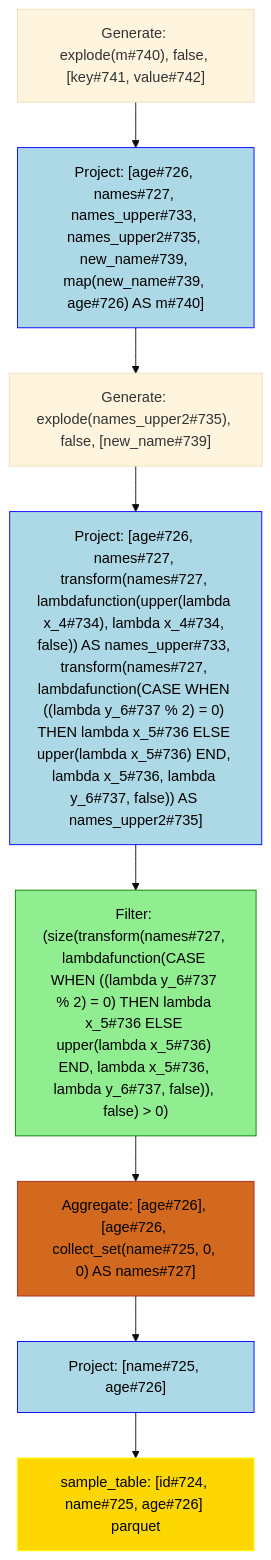
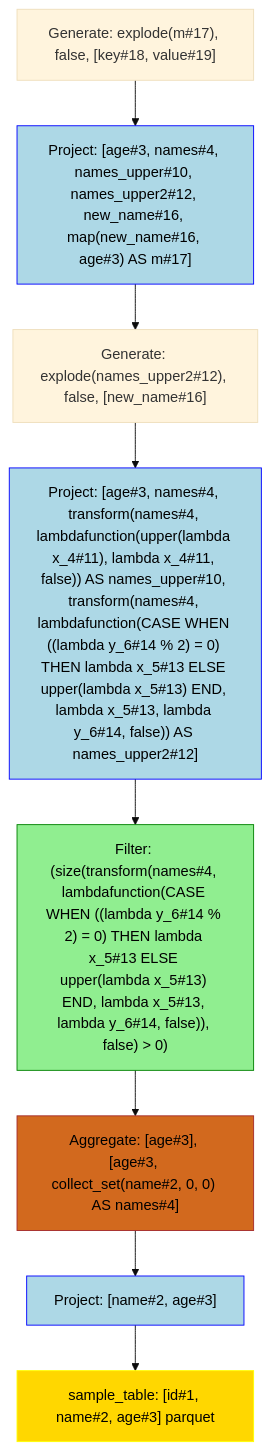
One commit to NielkNetraam/explainalyzed changed the diagram in data/visualization/explode.mmd. Above: the diagram before and after it, drawn with Mermaid (base theme). The commit also changed 63 other files, not shown here.

```diff
--- a/data/visualization/explode.mmd
+++ b/data/visualization/explode.mmd
@@ -1,25 +1,25 @@
 flowchart TD
     classDef PROJECT stroke:Blue,fill:LightBlue,color:black
     classDef FILTER stroke:Green,fill:LightGreen,color:black
     classDef UNION stroke:Purple,fill:Violet,color:black
     classDef JOIN stroke:DarkOrange,fill:Orange,color:black
     classDef RELATION stroke:Yellow,fill:Gold,color:black
     classDef AGGREGATE stroke:Brown,fill:Chocolate,color:black
     classDef WINDOW stroke:Aqua,fill:Cyan,color:black
 
-    Generate#00001["Generate: explode(m#740), false, [key#741, value#742]"]:::GENERATE
-    Project#00002["Project: [age#726, names#727, names_upper#733, names_upper2#735, new_name#739, map(new_name#739, age#726) AS m#740]"]:::PROJECT
-    Generate#00003["Generate: explode(names_upper2#735), false, [new_name#739]"]:::GENERATE
-    Project#00004["Project: [age#726, names#727, transform(names#727, lambdafunction(upper(lambda x_4#734), lambda x_4#734, false)) AS names_upper#733, transform(names#727, lambdafunction(CASE WHEN ((lambda y_6#737 % 2) = 0) THEN lambda x_5#736 ELSE upper(lambda x_5#736) END, lambda x_5#736, lambda y_6#737, false)) AS names_upper2#735]"]:::PROJECT
-    Filter#00005["Filter: (size(transform(names#727, lambdafunction(CASE WHEN ((lambda y_6#737 % 2) = 0) THEN lambda x_5#736 ELSE upper(lambda x_5#736) END, lambda x_5#736, lambda y_6#737, false)), false) > 0)"]:::FILTER
-    Aggregate#00006["Aggregate: [age#726], [age#726, collect_set(name#725, 0, 0) AS names#727]"]:::AGGREGATE
-    Project#00007["Project: [name#725, age#726]"]:::PROJECT
-    Relation#00008["sample_table: [id#724, name#725, age#726] parquet"]:::RELATION
+    Generate#00001["Generate: explode(m#17), false, [key#18, value#19]"]:::GENERATE
+    Project#00002["Project: [age#3, names#4, names_upper#10, names_upper2#12, new_name#16, map(new_name#16, age#3) AS m#17]"]:::PROJECT
+    Generate#00003["Generate: explode(names_upper2#12), false, [new_name#16]"]:::GENERATE
+    Project#00004["Project: [age#3, names#4, transform(names#4, lambdafunction(upper(lambda x_4#11), lambda x_4#11, false)) AS names_upper#10, transform(names#4, lambdafunction(CASE WHEN ((lambda y_6#14 % 2) = 0) THEN lambda x_5#13 ELSE upper(lambda x_5#13) END, lambda x_5#13, lambda y_6#14, false)) AS names_upper2#12]"]:::PROJECT
+    Filter#00005["Filter: (size(transform(names#4, lambdafunction(CASE WHEN ((lambda y_6#14 % 2) = 0) THEN lambda x_5#13 ELSE upper(lambda x_5#13) END, lambda x_5#13, lambda y_6#14, false)), false) > 0)"]:::FILTER
+    Aggregate#00006["Aggregate: [age#3], [age#3, collect_set(name#2, 0, 0) AS names#4]"]:::AGGREGATE
+    Project#00007["Project: [name#2, age#3]"]:::PROJECT
+    Relation#00008["sample_table: [id#1, name#2, age#3] parquet"]:::RELATION
 
     Generate#00001 --> Project#00002
         Project#00002 --> Generate#00003
             Generate#00003 --> Project#00004
                 Project#00004 --> Filter#00005
                     Filter#00005 --> Aggregate#00006
                         Aggregate#00006 --> Project#00007
                             Project#00007 --> Relation#00008
```
